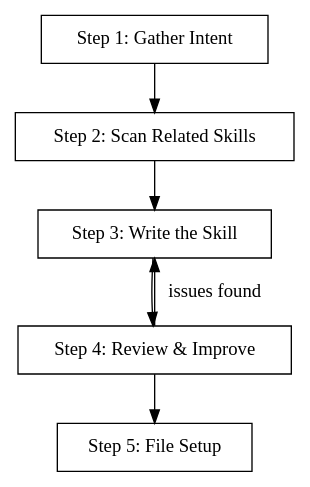
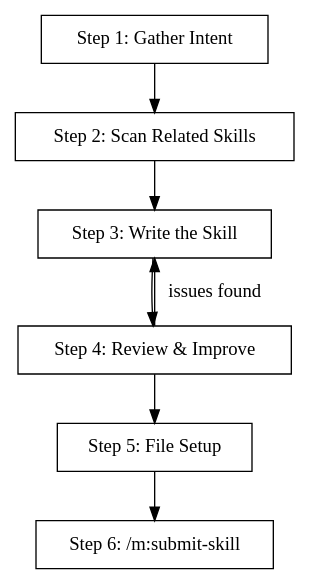
One commit to relh/metta changed the diagram in docs/ai/daveey/skills/m:make-skill/SKILL.md. Above: the diagram before and after it, drawn with Graphviz. The commit also changed other lines of this file and 4 other files, not shown here.

````diff
--- a/docs/ai/daveey/skills/m:make-skill/SKILL.md
+++ b/docs/ai/daveey/skills/m:make-skill/SKILL.md
@@ -19,15 +19,16 @@
 ```dot
 digraph make_skill {
   rankdir=TB;
   node [shape=box];
 
   gather [label="Step 1: Gather Intent"];
   scan [label="Step 2: Scan Related Skills"];
   write [label="Step 3: Write the Skill"];
   review [label="Step 4: Review & Improve"];
   setup [label="Step 5: File Setup"];
+  submit [label="Step 6: /m:submit-skill"];
 
-  gather -> scan -> write -> review -> setup;
+  gather -> scan -> write -> review -> setup -> submit;
   review -> write [label="issues found"];
 }
 ```
````
